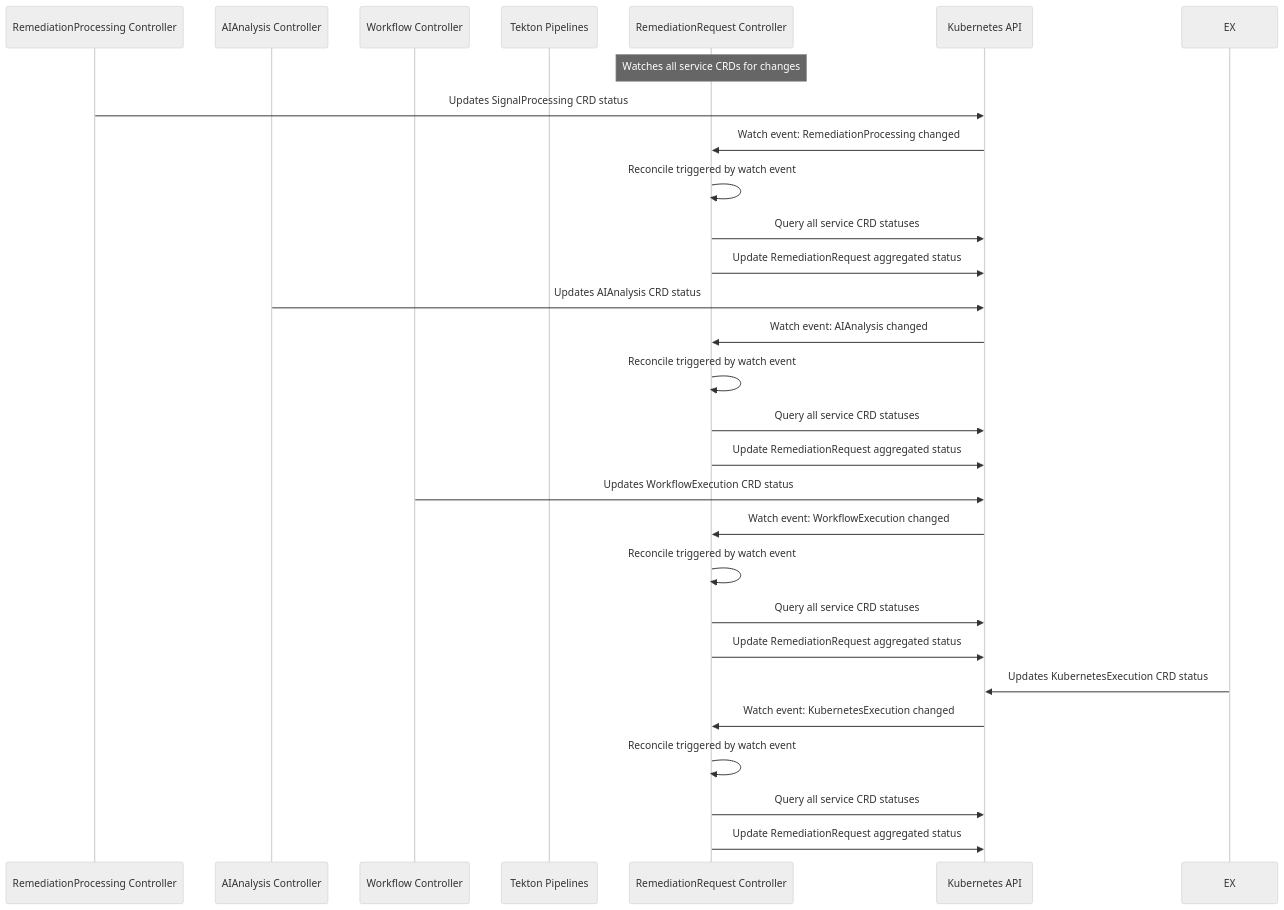
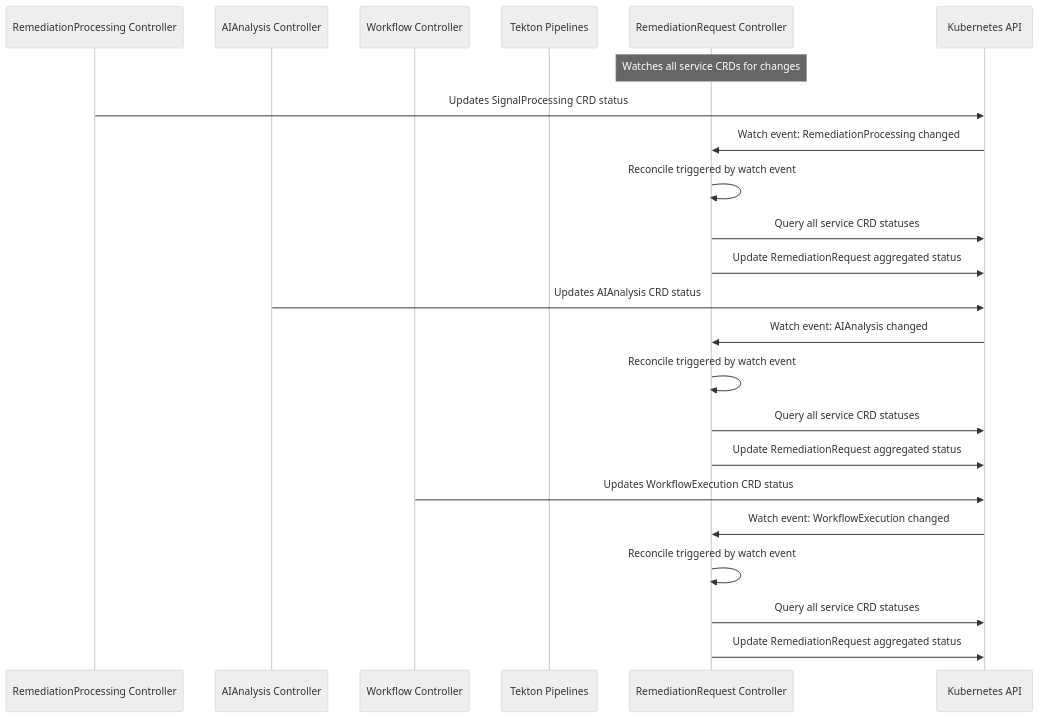
The second of 3 diagrams in docs/architecture/MULTI_CRD_RECONCILIATION_ARCHITECTURE.md (jordigilh/kubernaut), drawn with Mermaid (neutral theme) before and after one commit. The commit also changed other lines of this file and 63 other files, not shown here.

````diff
--- a/docs/architecture/MULTI_CRD_RECONCILIATION_ARCHITECTURE.md
+++ b/docs/architecture/MULTI_CRD_RECONCILIATION_ARCHITECTURE.md
@@ -1049,35 +1049,29 @@
 ```mermaid
 sequenceDiagram
     participant AP as RemediationProcessing Controller
     participant AI as AIAnalysis Controller
     participant WF as Workflow Controller
     participant TEK as Tekton Pipelines
     participant AR as RemediationRequest Controller
     participant K8S as Kubernetes API
 
     Note over AR: Watches all service CRDs for changes
 
     AP->>K8S: Updates SignalProcessing CRD status
     K8S->>AR: Watch event: RemediationProcessing changed
     AR->>AR: Reconcile triggered by watch event
     AR->>K8S: Query all service CRD statuses
     AR->>K8S: Update RemediationRequest aggregated status
 
     AI->>K8S: Updates AIAnalysis CRD status
     K8S->>AR: Watch event: AIAnalysis changed
     AR->>AR: Reconcile triggered by watch event
     AR->>K8S: Query all service CRD statuses
     AR->>K8S: Update RemediationRequest aggregated status
 
     WF->>K8S: Updates WorkflowExecution CRD status
     K8S->>AR: Watch event: WorkflowExecution changed
     AR->>AR: Reconcile triggered by watch event
     AR->>K8S: Query all service CRD statuses
     AR->>K8S: Update RemediationRequest aggregated status
-
-    EX->>K8S: Updates KubernetesExecution CRD status
-    K8S->>AR: Watch event: KubernetesExecution changed
-    AR->>AR: Reconcile triggered by watch event
-    AR->>K8S: Query all service CRD statuses
-    AR->>K8S: Update RemediationRequest aggregated status
 ```
````
